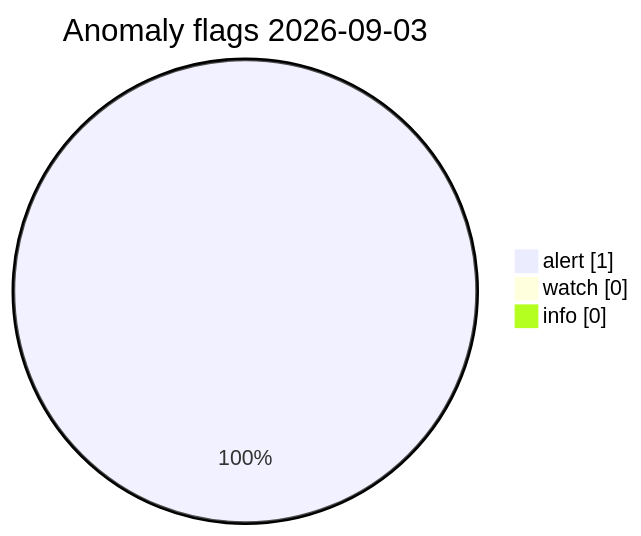
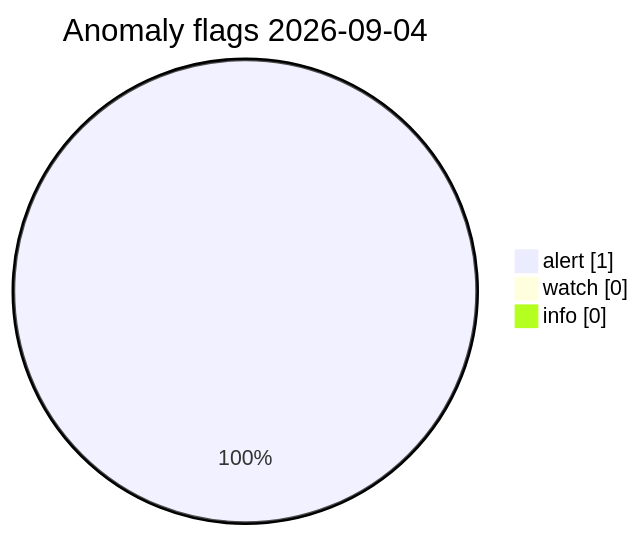
The diagram in visuals/latest/CHARTS.md (Midwest-Stratospheric/Unified-Open-Global-Weather), drawn with Mermaid before and after one commit. The commit also changed other lines of this file and 11 other files, not shown here.

Commit message:
data(visuals): automated charts 2026-09-04T11:22Z

````diff
--- a/visuals/latest/CHARTS.md
+++ b/visuals/latest/CHARTS.md
@@ -73,7 +73,7 @@
 ```mermaid
 pie showData
-  title Anomaly flags 2026-09-03
+  title Anomaly flags 2026-09-04
   "alert" : 1
   "watch" : 0
   "info" : 0
 ```
````
